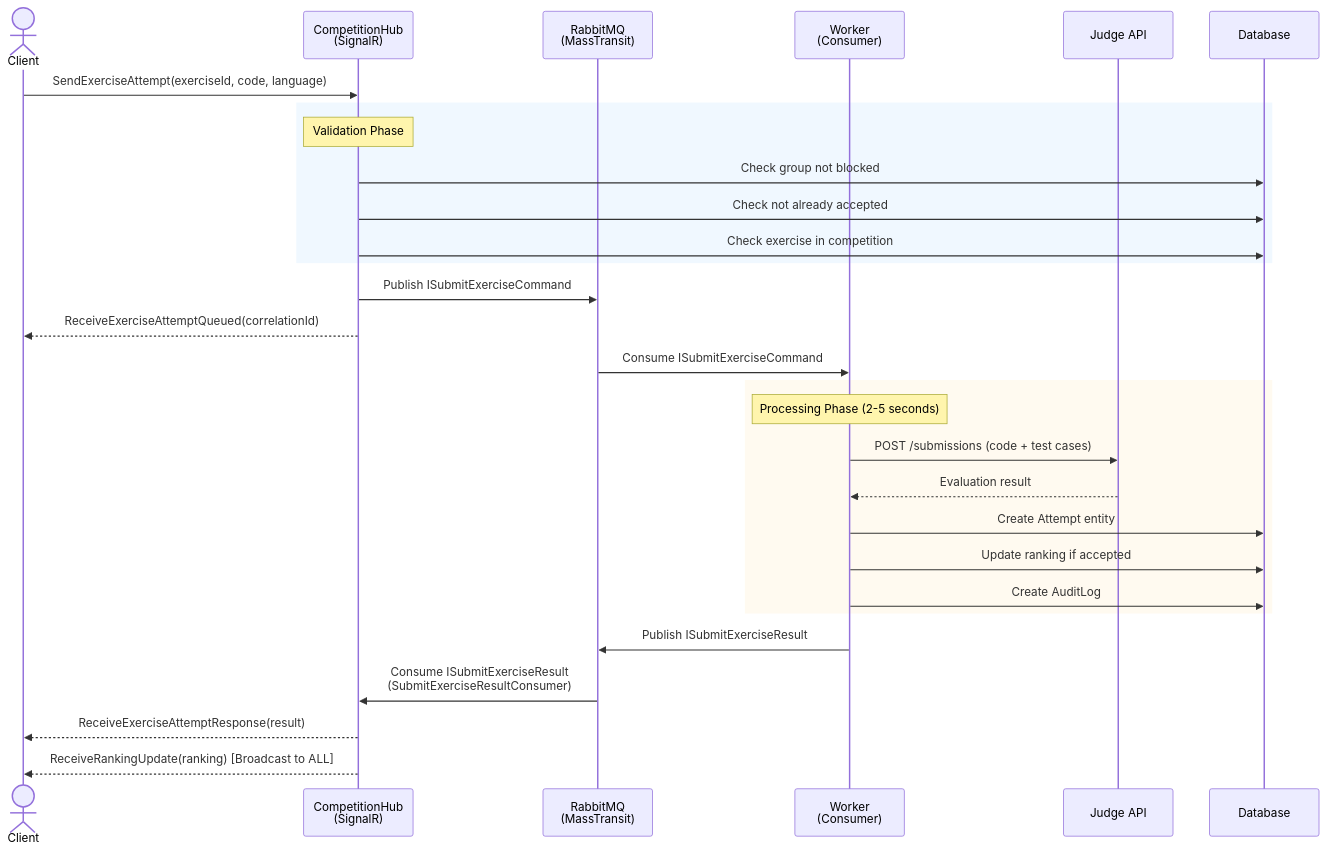
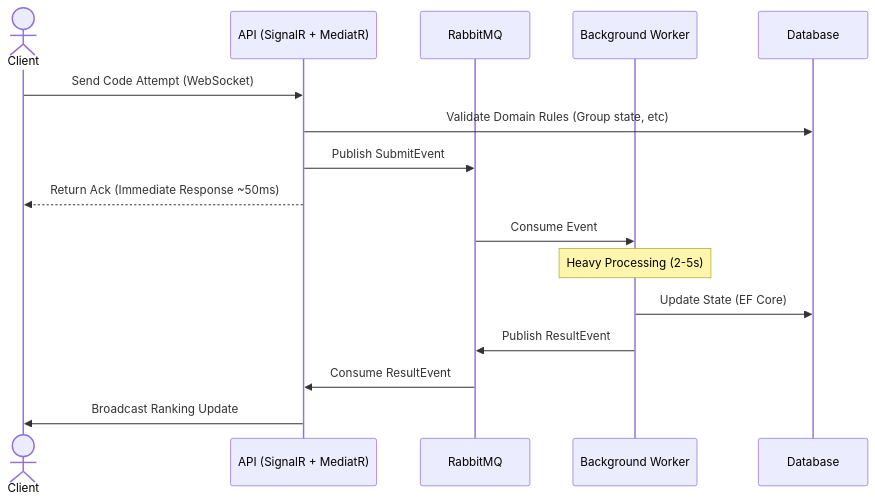
The diagram in README.md (rafael135/FalconApiReborn), drawn with Mermaid before and after one commit. The commit also changed other lines of this file, not shown here.

````diff
--- a/README.md
+++ b/README.md
@@ -191,38 +42,21 @@
 ```mermaid
 sequenceDiagram
     actor Client
-    participant Hub as CompetitionHub<br/>(SignalR)
-    participant RMQ as RabbitMQ<br/>(MassTransit)
-    participant Worker as Worker<br/>(Consumer)
-    participant Judge as Judge API
+    participant API as API (SignalR + MediatR)
+    participant RMQ as RabbitMQ
+    participant Worker as Background Worker
     participant DB as Database
 
-    Client->>Hub: SendExerciseAttempt(exerciseId, code, language)
+    Client->>API: Send Code Attempt (WebSocket)
+    API->>DB: Validate Domain Rules (Group state, etc)
+    API->>RMQ: Publish SubmitEvent
+    API-->>Client: Return Ack (Immediate Response ~50ms)
     
-    rect rgb(240, 248, 255)
-        Note over Hub: Validation Phase
-        Hub->>DB: Check group not blocked
-        Hub->>DB: Check not already accepted
-        Hub->>DB: Check exercise in competition
-    end
+    RMQ->>Worker: Consume Event
+    Note over Worker: Heavy Processing (2-5s)
+    Worker->>DB: Update State (EF Core)
+    Worker->>RMQ: Publish ResultEvent
     
-    Hub->>RMQ: Publish ISubmitExerciseCommand
-    Hub-->>Client: ReceiveExerciseAttemptQueued(correlationId)
-    
-    RMQ->>Worker: Consume ISubmitExerciseCommand
-    
-    rect rgb(255, 250, 240)
-        Note over Worker: Processing Phase (2-5 seconds)
-        Worker->>Judge: POST /submissions (code + test cases)
-        Judge-->>Worker: Evaluation result
-        Worker->>DB: Create Attempt entity
-        Worker->>DB: Update ranking if accepted
-        Worker->>DB: Create AuditLog
-    end
-    
-    Worker->>RMQ: Publish ISubmitExerciseResult
-    RMQ->>Hub: Consume ISubmitExerciseResult<br/>(SubmitExerciseResultConsumer)
-    
-    Hub-->>Client: ReceiveExerciseAttemptResponse(result)
-    Hub-->>Client: ReceiveRankingUpdate(ranking) [Broadcast to ALL]
+    RMQ->>API: Consume ResultEvent
+    API->>Client: Broadcast Ranking Update
 ```
````
